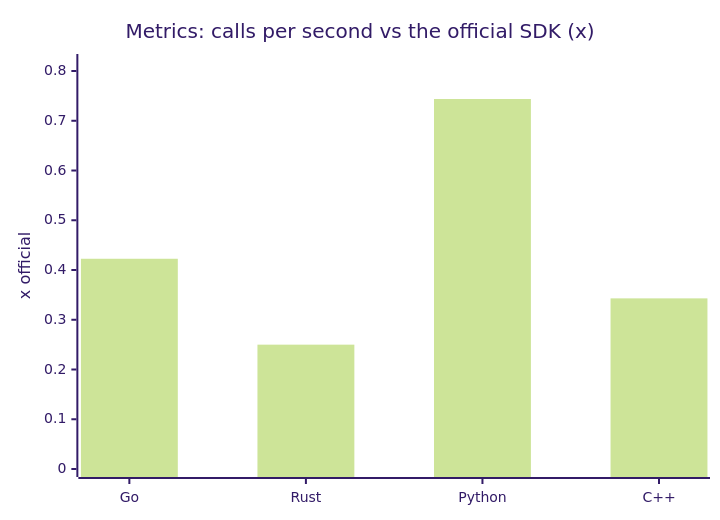
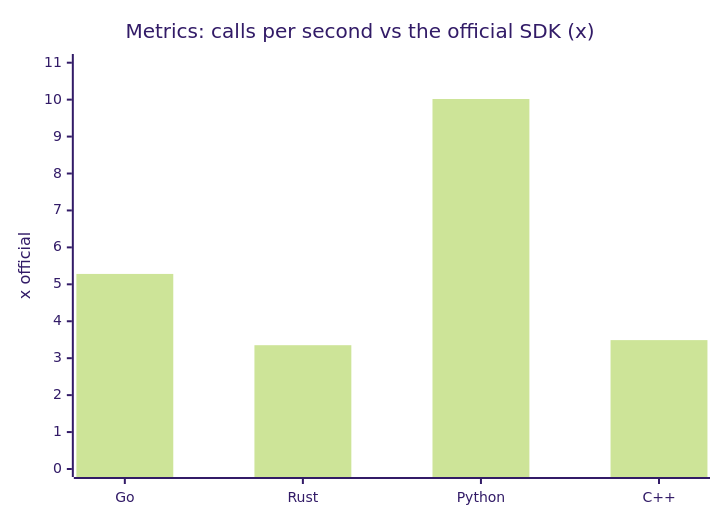
Before and after one commit to the-protobuf-project/telemetry: the ninth of 24 diagrams in docs/benchmark.md, drawn with Mermaid (forest theme). The commit also changed other lines of this file and 3 other files, not shown here.

````diff
--- a/docs/benchmark.md
+++ b/docs/benchmark.md
@@ -103,7 +103,7 @@
 ```mermaid
 xychart-beta
     title "Metrics: calls per second vs the official SDK (x)"
     x-axis ["Go", "Rust", "Python", "C++"]
-    y-axis "x official" 0 --> 0.81813
-    bar [0.422611, 0.249946, 0.743754, 0.342989]
+    y-axis "x official" 0 --> 11.0191
+    bar [5.28129, 3.35163, 10.0173, 3.48944]
 ```
````
